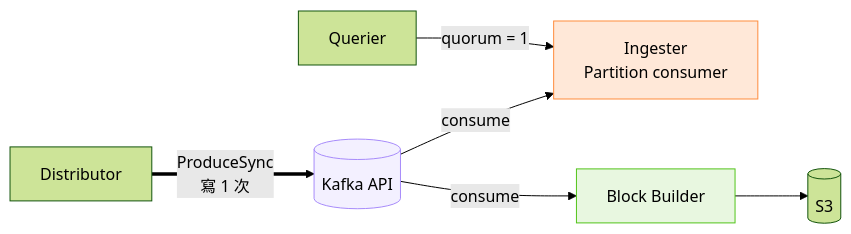
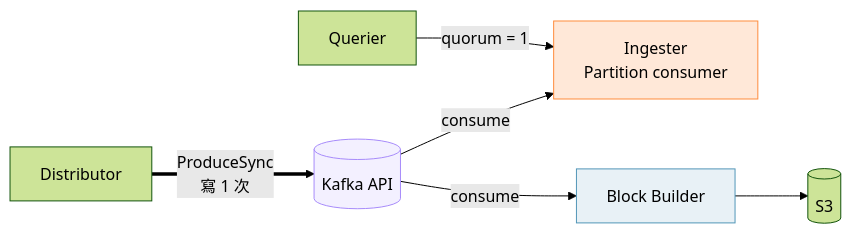
The seventh of 9 diagrams in slides.md (MikeHsu0618/mimir-talk), drawn with Mermaid (forest theme) before and after one commit. The commit also changed other lines of this file and 10 other files, not shown here.

````diff
--- a/slides.md
+++ b/slides.md
@@ -695,11 +702,11 @@
 ```mermaid {theme: 'dark', scale: 0.68}
 flowchart LR
     D[Distributor] ==>|ProduceSync<br/>寫 1 次| K[(Kafka API)]
     K -->|consume| I[Ingester<br/>Partition consumer]
     K -->|consume| BB[Block Builder]
     BB --> S3[(S3)]
     Q[Querier] -->|quorum = 1| I
     style K fill:#a78bfa22,stroke:#a78bfa
     style I fill:#ff8c3c33,stroke:#ff8c3c
-    style BB fill:#52c41a22,stroke:#52c41a
+    style BB fill:#5296B822,stroke:#5296B8
 ```
````
